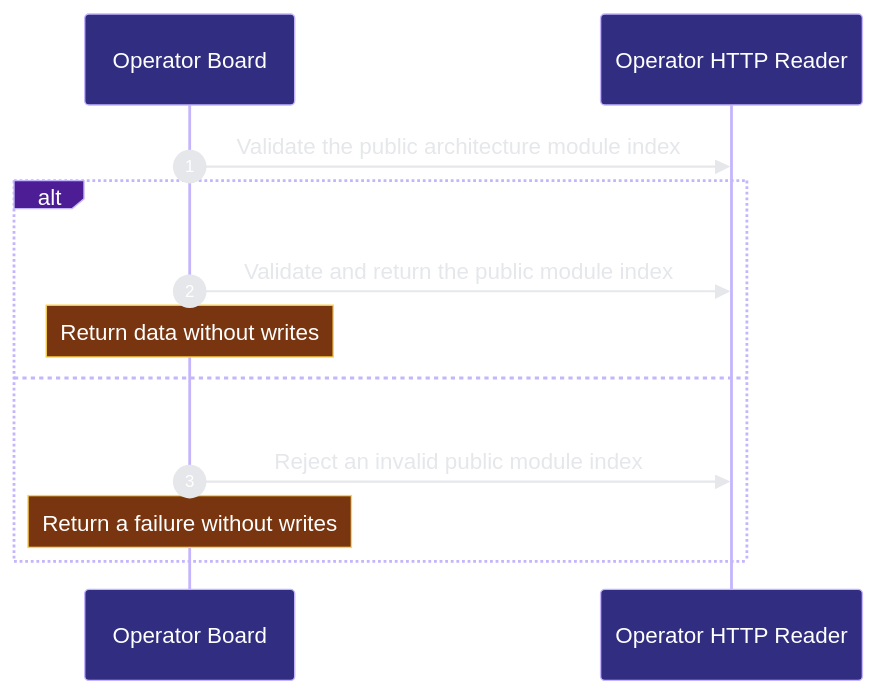
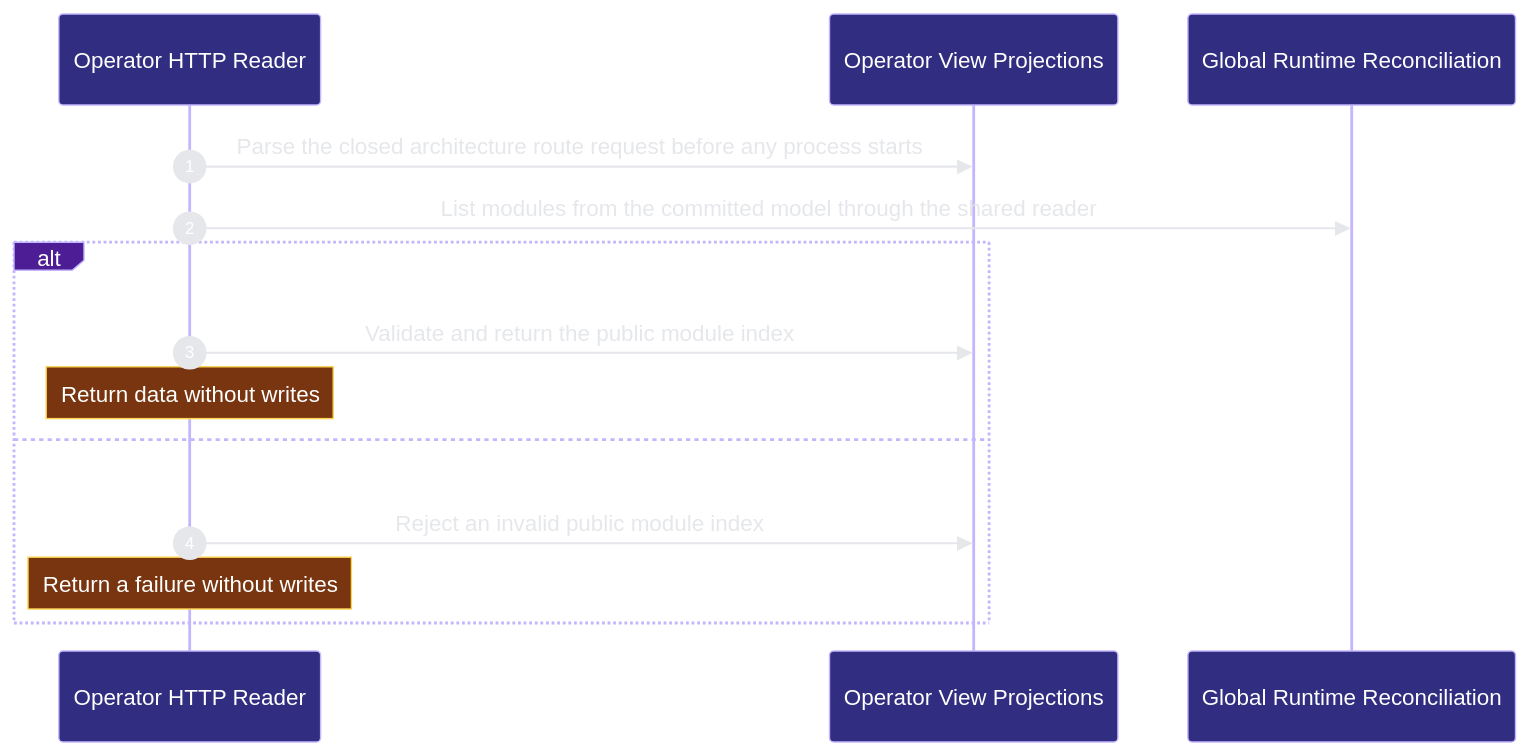
The third of 3 diagrams in docs/architecture/modules/runtime-harness/operator.md (Ancienttwo/repo-harness), drawn with Mermaid before and after one commit. The commit also changed other lines of this file and 26 other files, not shown here.

First line of the commit message:
arch(operator): split the operator capability into five components

````diff
--- a/docs/architecture/modules/runtime-harness/operator.md
+++ b/docs/architecture/modules/runtime-harness/operator.md
@@ -56,15 +89,17 @@
 ```mermaid
 %%{init: {"theme":"base","themeVariables":{"background":"#0d1117","actorBkg":"#312e81","actorBorder":"#c4b5fd","actorTextColor":"#ffffff","signalColor":"#e5e7eb","signalTextColor":"#e5e7eb","labelBoxBkgColor":"#4c1d95","labelBoxBorderColor":"#c4b5fd","labelTextColor":"#ffffff","noteBkgColor":"#78350f","noteBorderColor":"#fcd34d","noteTextColor":"#ffffff","sequenceNumberColor":"#ffffff"}}}%%
 sequenceDiagram
   autonumber
-  participant p2_capability_4262990f as Operator Board
-  participant p2_component_7b8d80ff as Operator HTTP Reader
-  p2_capability_4262990f->>p2_component_7b8d80ff: Validate the public architecture module index
+  participant p2_http_reader_b98e0942 as Operator HTTP Reader
+  participant p2_view_projections_b9b4ee4d as Operator View Projections
+  participant p2_model_reader_8b0ba6e4 as Global Runtime Reconciliation
+  p2_http_reader_b98e0942->>p2_view_projections_b9b4ee4d: Parse the closed architecture route request before any process starts
+  p2_http_reader_b98e0942->>p2_model_reader_8b0ba6e4: List modules from the committed model through the shared reader
   alt Read completes
-  p2_capability_4262990f->>p2_component_7b8d80ff: Validate and return the public module index
-    Note over p2_capability_4262990f: Return data without writes
+  p2_http_reader_b98e0942->>p2_view_projections_b9b4ee4d: Validate and return the public module index
+    Note over p2_http_reader_b98e0942: Return data without writes
   else Read fails
-  p2_capability_4262990f->>p2_component_7b8d80ff: Reject an invalid public module index
-    Note over p2_capability_4262990f: Return a failure without writes
+  p2_http_reader_b98e0942->>p2_view_projections_b9b4ee4d: Reject an invalid public module index
+    Note over p2_http_reader_b98e0942: Return a failure without writes
   end
 ```
````
